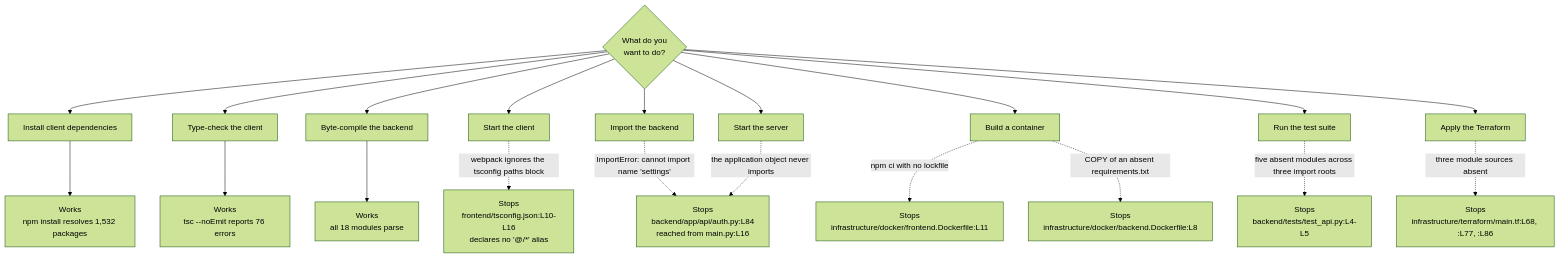
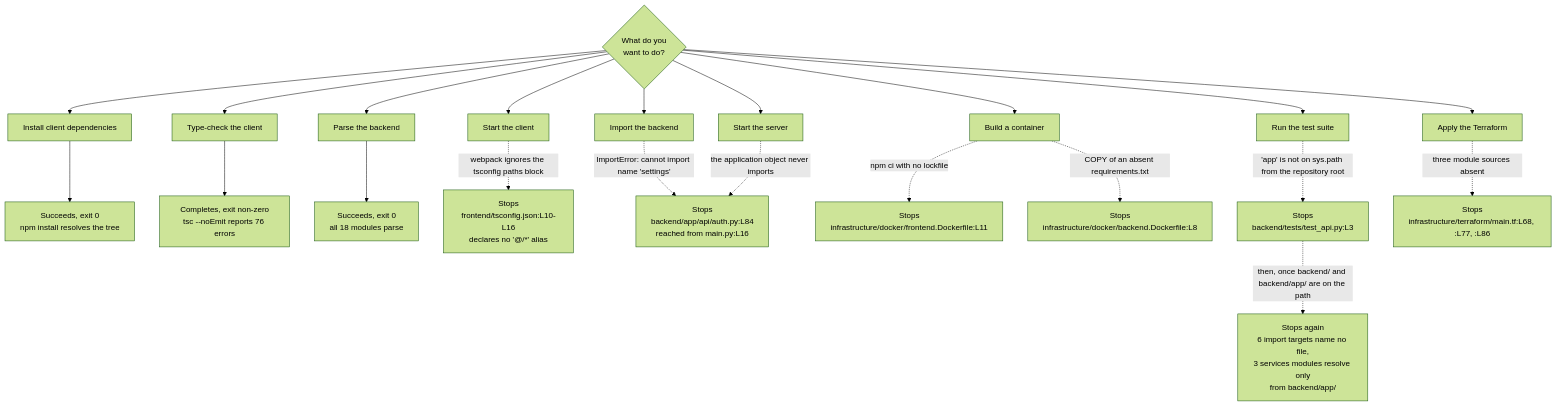
One commit to blitzy-public-samples/microsoft-word-u33ko0 changed the diagram in docs/onboarding.md. Above: the diagram before and after it, drawn with Mermaid (forest theme). The commit also changed other lines of this file and 53 other files, not shown here.

````diff
--- a/docs/onboarding.md
+++ b/docs/onboarding.md
@@ -270,29 +484,31 @@
 ```mermaid
 graph TD
     START{"What do you<br/>want to do?"}
 
     START --> A["Install client dependencies"]
     START --> B["Type-check the client"]
-    START --> C["Byte-compile the backend"]
+    START --> C["Parse the backend"]
     START --> D["Start the client"]
     START --> E["Import the backend"]
     START --> F["Start the server"]
     START --> G["Build a container"]
     START --> H["Run the test suite"]
     START --> I["Apply the Terraform"]
 
-    A --> AOK["Works<br/>npm install resolves 1,532 packages"]
-    B --> BOK["Works<br/>tsc --noEmit reports 76 errors"]
-    C --> COK["Works<br/>all 18 modules parse"]
+    A --> AOK["Succeeds, exit 0<br/>npm install resolves the tree"]
+    B --> BOK["Completes, exit non-zero<br/>tsc --noEmit reports 76 errors"]
+    C --> COK["Succeeds, exit 0<br/>all 18 modules parse"]
 
     D -.->|"webpack ignores the tsconfig paths block"| DNO["Stops<br/>frontend/tsconfig.json:L10-L16<br/>declares no '@/*' alias"]
     E -.->|"ImportError: cannot import name 'settings'"| ENO["Stops<br/>backend/app/api/auth.py:L84<br/>reached from main.py:L16"]
     F -.->|"the application object never imports"| ENO
     G -.->|"npm ci with no lockfile"| GNO1["Stops<br/>infrastructure/docker/frontend.Dockerfile:L11"]
     G -.->|"COPY of an absent requirements.txt"| GNO2["Stops<br/>infrastructure/docker/backend.Dockerfile:L8"]
-    H -.->|"five absent modules across three import roots"| HNO["Stops<br/>backend/tests/test_api.py:L4-L5"]
+    H -.->|"'app' is not on sys.path from the repository root"| HNO1["Stops<br/>backend/tests/test_api.py:L3"]
+    HNO1 -.->|"then, once backend/ and backend/app/ are on the path"| HNO2["Stops again<br/>6 import targets name no file,<br/>3 services modules resolve only<br/>from backend/app/"]
     I -.->|"three module sources absent"| INO["Stops<br/>infrastructure/terraform/main.tf:L68, :L77, :L86"]
 
-%% A solid edge marks a path that completes. A dashed, labelled edge marks a path that fails, and
-%% every failure node names the file and line that stops it.
+%% A solid edge marks a path that runs to completion, and its node states whether the run succeeded.
+%% A dashed, labelled edge marks a path that stops before completing, and every failure node names the
+%% file and line that stops it.
 ```
````
